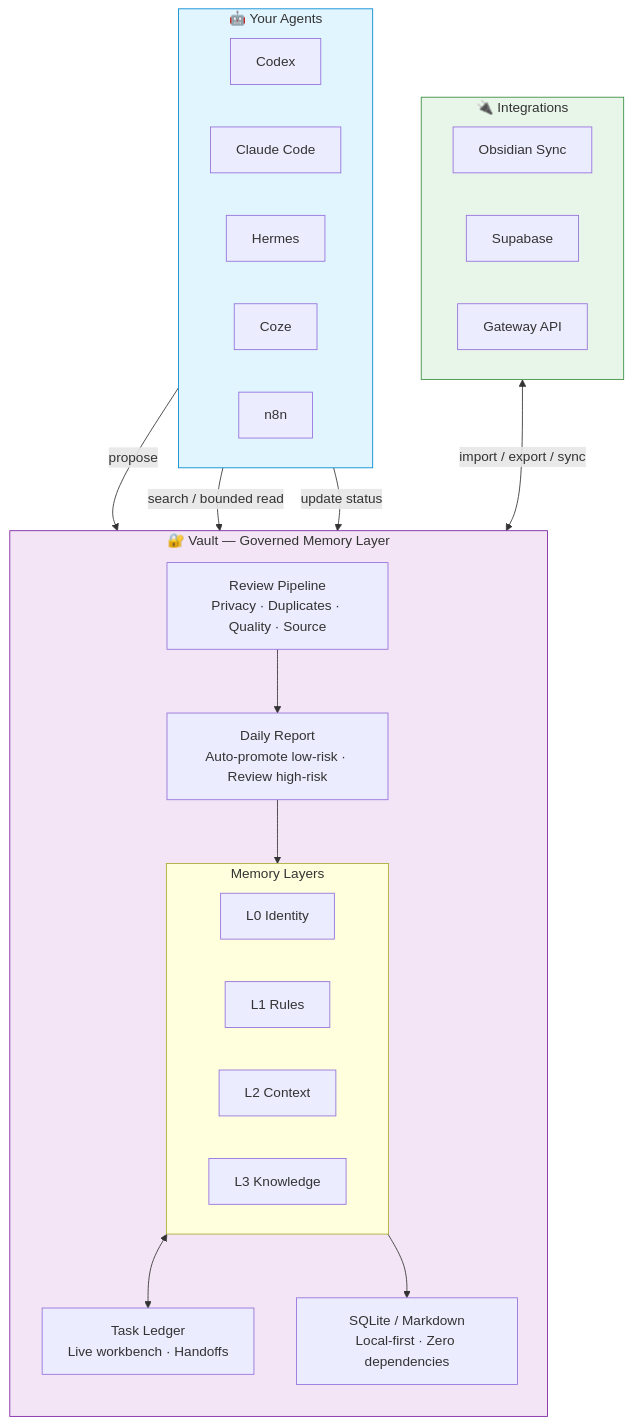
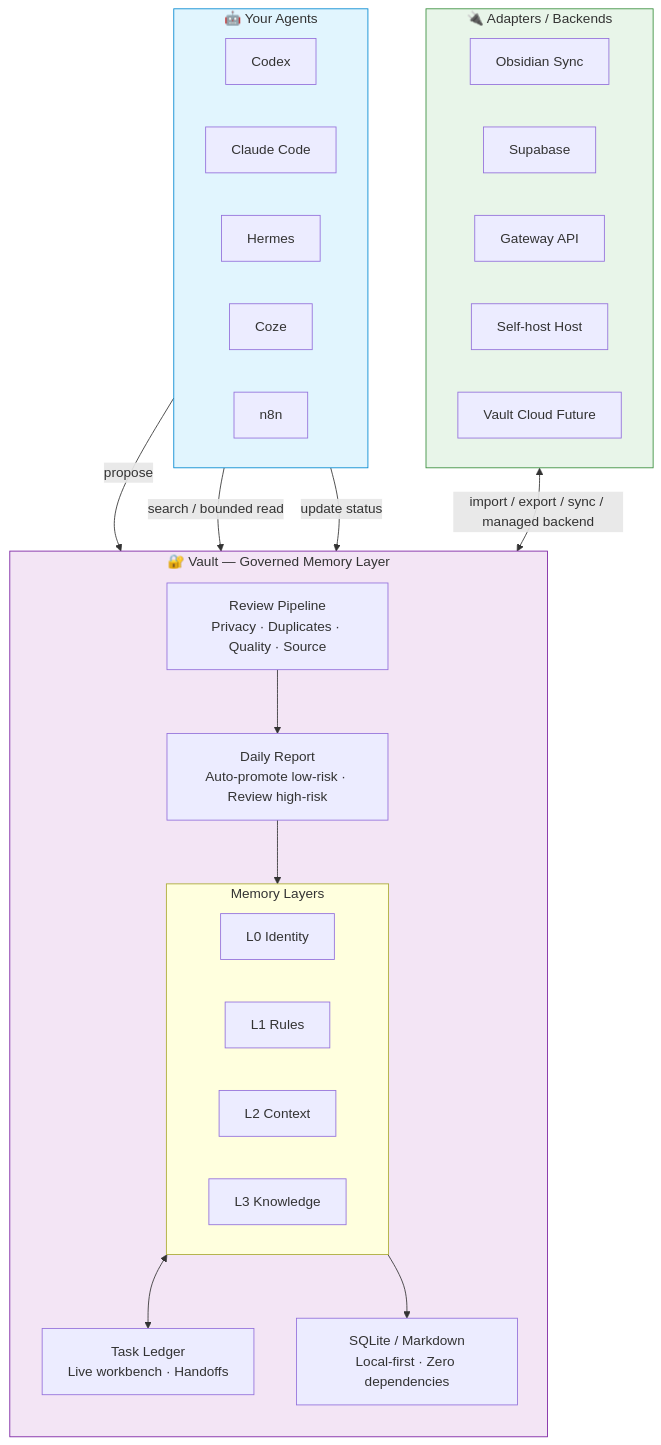
The diagram in README.md (zycaskevin/Vault-Agent-Memory), drawn with Mermaid before and after one commit. The commit also changed other lines of this file and 24 other files, not shown here.

````diff
--- a/README.md
+++ b/README.md
@@ -58,43 +76,45 @@
 ```mermaid
 flowchart TB
     subgraph Agents["🤖 Your Agents"]
         C[Codex]
         CL[Claude Code]
         H[Hermes]
         CO[Coze]
         N[n8n]
     end
 
     subgraph Vault["🔐 Vault — Governed Memory Layer"]
         direction TB
         Pipeline["Review Pipeline<br/>Privacy · Duplicates · Quality · Source"]
         Report["Daily Report<br/>Auto-promote low-risk · Review high-risk"]
         subgraph Layers["Memory Layers"]
             L0["L0 Identity"]
             L1["L1 Rules"]
             L2["L2 Context"]
             L3["L3 Knowledge"]
         end
         Ledger["Task Ledger<br/>Live workbench · Handoffs"]
         Storage["SQLite / Markdown<br/>Local-first · Zero dependencies"]
     end
 
-    subgraph Integrations["🔌 Integrations"]
+    subgraph Adapters["🔌 Adapters / Backends"]
         Obs[Obsidian Sync]
         Sup[Supabase]
         GW[Gateway API]
+        SH[Self-host Host]
+        VC[Vault Cloud Future]
     end
 
     Agents -->|propose| Pipeline
     Agents -->|search / bounded read| Layers
     Agents -->|update status| Ledger
     Pipeline --> Report
     Report --> Layers
     Layers <--> Ledger
     Layers --> Storage
-    Integrations <-->|import / export / sync| Vault
+    Adapters <-->|import / export / sync / managed backend| Vault
 
     style Agents fill:#e1f5fe,stroke:#0288d1
     style Vault fill:#f3e5f5,stroke:#7b1fa2
-    style Integrations fill:#e8f5e9,stroke:#388e3c
+    style Adapters fill:#e8f5e9,stroke:#388e3c
 ```
````
